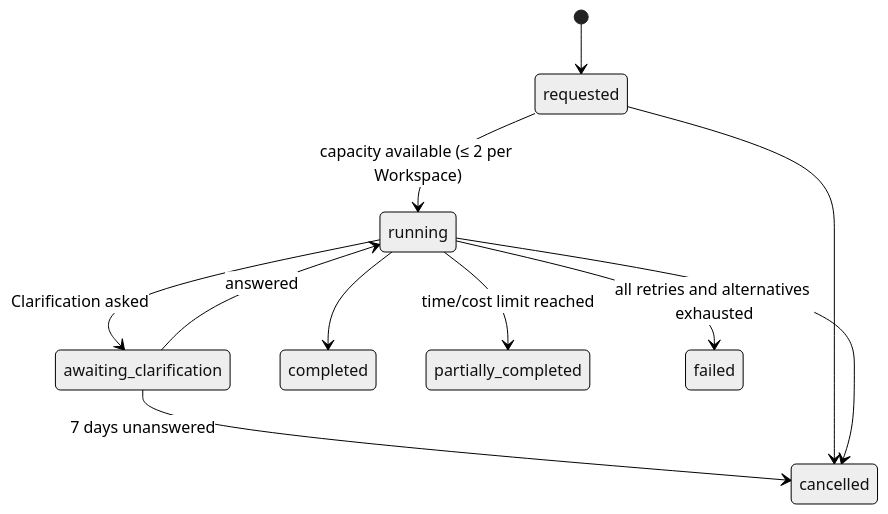
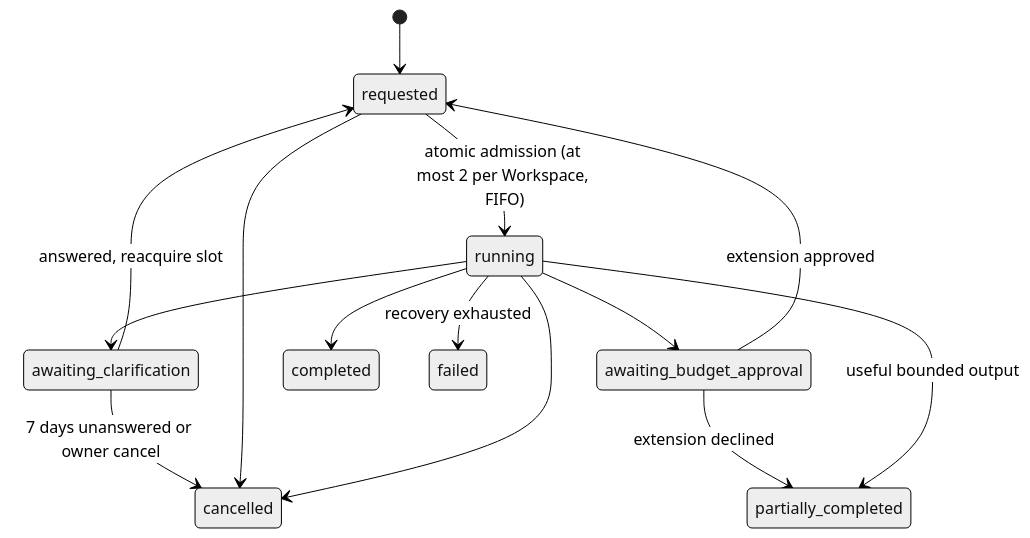
One commit to mohamed-hossam1/busmora-docs changed the third of 6 diagrams in domain/model.md. Above: the diagram before and after it, drawn with Mermaid (neutral theme). The commit also changed other lines of this file and 16 other files, not shown here.

````diff
--- a/domain/model.md
+++ b/domain/model.md
@@ -164,13 +164,16 @@
 ```mermaid
 stateDiagram-v2
   [*] --> requested
-  requested --> running: capacity available (≤ 2 per Workspace)
-  running --> awaiting_clarification: Clarification asked
-  awaiting_clarification --> running: answered
-  awaiting_clarification --> cancelled: 7 days unanswered
+  requested --> running: atomic admission (at most 2 per Workspace, FIFO)
+  running --> awaiting_clarification
+  awaiting_clarification --> requested: answered, reacquire slot
+  awaiting_clarification --> cancelled: 7 days unanswered or owner cancel
+  running --> awaiting_budget_approval
+  awaiting_budget_approval --> requested: extension approved
+  awaiting_budget_approval --> partially_completed: extension declined
   running --> completed
-  running --> partially_completed: time/cost limit reached
-  running --> failed: all retries and alternatives exhausted
+  running --> partially_completed: useful bounded output
+  running --> failed: recovery exhausted
   requested --> cancelled
   running --> cancelled
 ```
````
